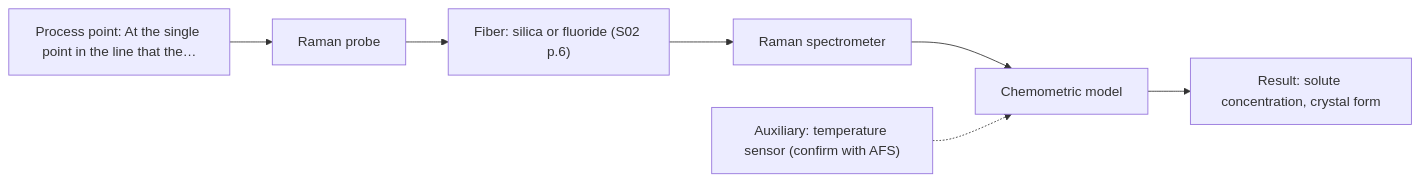
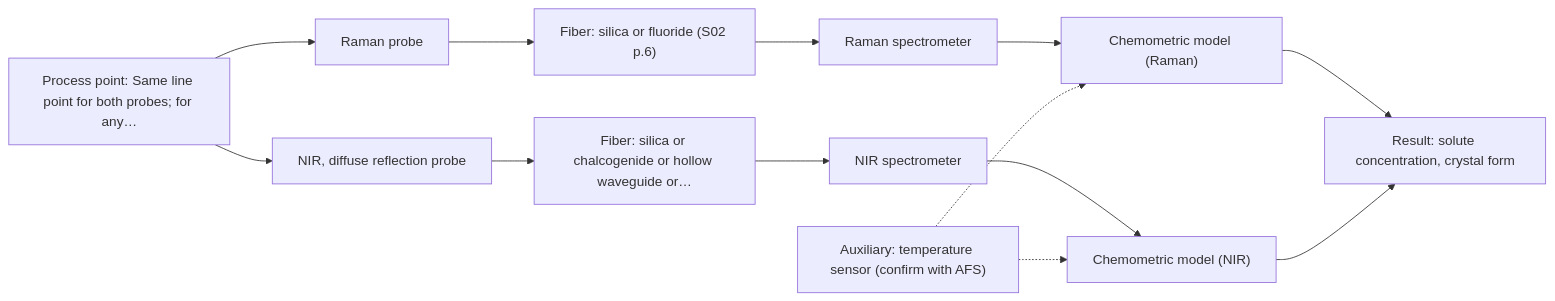
One commit to sleipnir029/Afs-Spectroscopy-Assistant changed the first of 2 diagrams in outputs/adversarial/A11.md. Above: the diagram before and after it, drawn with Mermaid. The commit also changed other lines of this file and 9 other files, not shown here.

````diff
--- a/outputs/adversarial/A11.md
+++ b/outputs/adversarial/A11.md
@@ -38,16 +38,26 @@
 ```mermaid
 flowchart LR
-    proc["Process point: At the single point in the line that the…"]
+    proc["Process point: Same line point for both probes; for any…"]
     probe1["Raman probe"]
     fiber1["Fiber: silica or fluoride (S02 p.6)"]
     spec1["Raman spectrometer"]
-    model["Chemometric model"]
+    model1["Chemometric model (Raman)"]
+    probe2["NIR, diffuse reflection probe"]
+    fiber2["Fiber: silica or chalcogenide or hollow waveguide or…"]
+    spec2["NIR spectrometer"]
+    model2["Chemometric model (NIR)"]
     result["Result: solute concentration, crystal form"]
     aux1["Auxiliary: temperature sensor (confirm with AFS)"]
     proc --> probe1
     probe1 --> fiber1
     fiber1 --> spec1
-    spec1 --> model
-    model --> result
-    aux1 -.-> model
+    spec1 --> model1
+    proc --> probe2
+    probe2 --> fiber2
+    fiber2 --> spec2
+    spec2 --> model2
+    model1 --> result
+    model2 --> result
+    aux1 -.-> model1
+    aux1 -.-> model2
 ```
````
